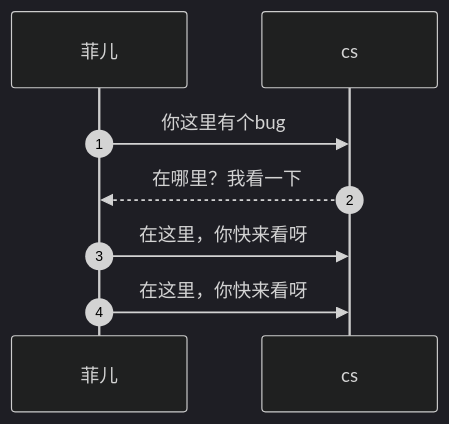
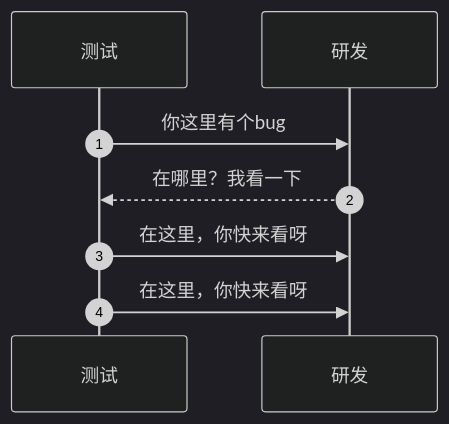
The seventh of 15 diagrams in 3-way-handshake.md (dadins/dadins.github.io), drawn with Mermaid (dark theme) before and after one commit. The commit also changed other lines of this file, not shown here.

````diff
--- a/3-way-handshake.md
+++ b/3-way-handshake.md
@@ -251,10 +251,10 @@
 ```mermaid
 sequenceDiagram
-participant 菲儿
-participant cs
+participant 测试
+participant 研发
 autonumber
-菲儿 ->> cs: 你这里有个bug 
-cs -->> 菲儿:  在哪里？我看一下
-菲儿 ->> cs : 在这里，你快来看呀
-菲儿 ->> cs: 在这里，你快来看呀
+测试 ->> 研发: 你这里有个bug 
+研发-->> 测试: 在哪里？我看一下
+测试 ->> 研发: 在这里，你快来看呀
+测试 ->> 研发: 在这里，你快来看呀
 ```
````
